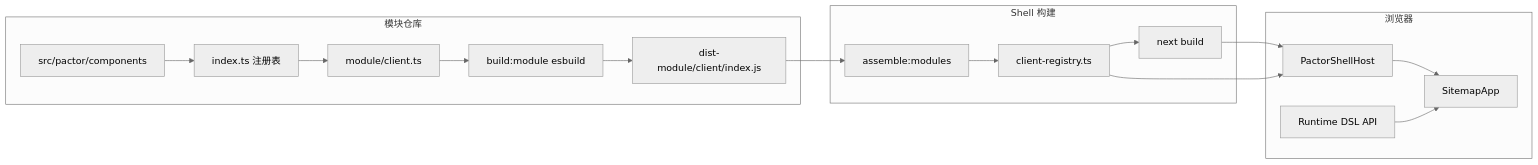
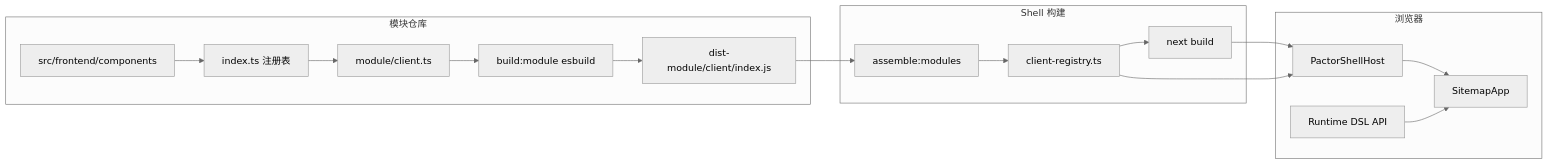
The diagram in starters/apps-shell-starter/web-shell/README.md (innospots/pactor), drawn with Mermaid (neutral theme) before and after one commit. The commit also changed other lines of this file and 379 other files, not shown here.

````diff
--- a/starters/apps-shell-starter/web-shell/README.md
+++ b/starters/apps-shell-starter/web-shell/README.md
@@ -236,26 +240,26 @@
 ```mermaid
 flowchart LR
   subgraph module_repo [模块仓库]
-    TSX[src/pactor/components]
+    TSX[src/frontend/components]
     REG[index.ts 注册表]
     CE[module/client.ts]
     BM[build:module esbuild]
     DM[dist-module/client/index.js]
     TSX --> REG --> CE --> BM --> DM
   end
   subgraph shell_build [Shell 构建]
     ASM[assemble:modules]
     CR[client-registry.ts]
     NB[next build]
     DM --> ASM --> CR --> NB
   end
   subgraph runtime [浏览器]
     PH[PactorShellHost]
     SA[SitemapApp]
     DSL[Runtime DSL API]
     NB --> PH
     CR --> PH
     PH --> SA
     DSL --> SA
   end
 ```
````
